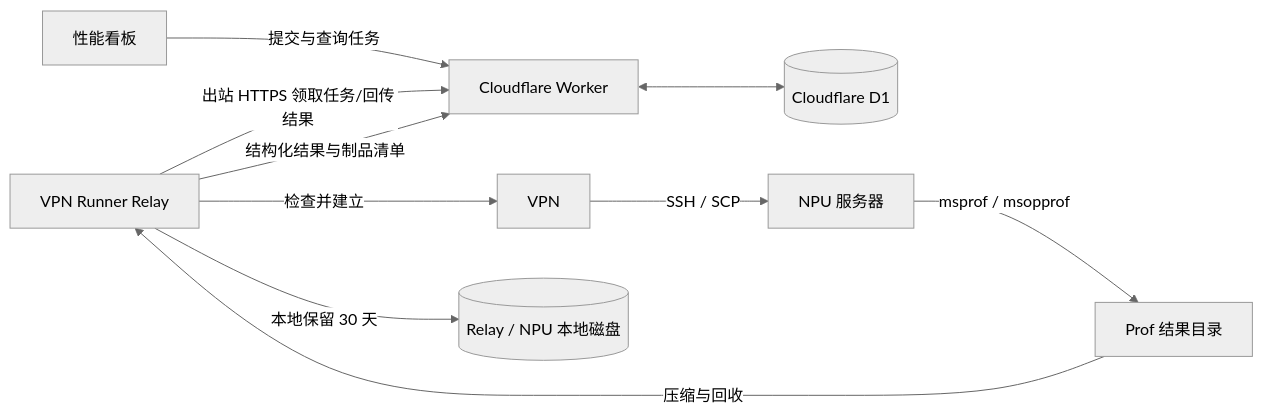
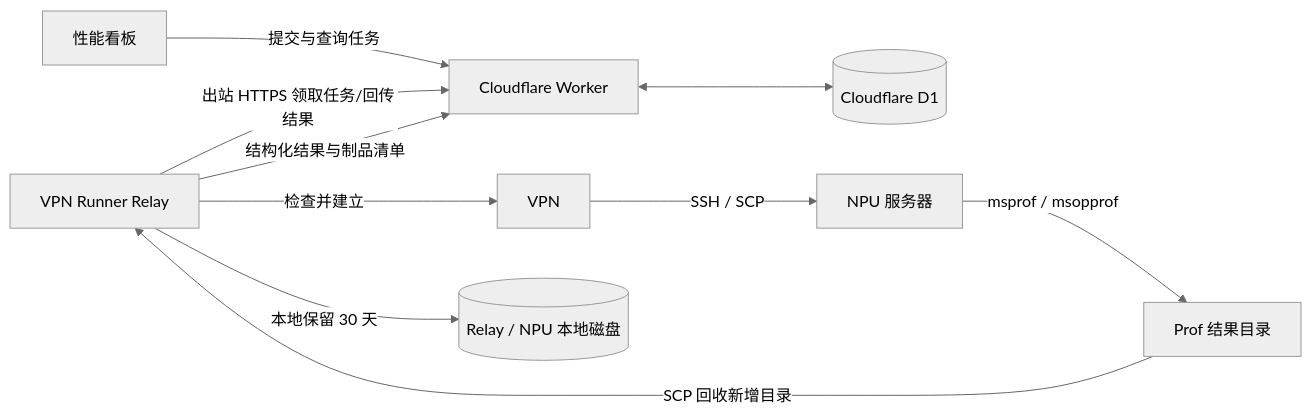
The first of 3 diagrams in docs/npu-vpn-runner-design.md (fazhenyao/flash-linear-attention-npu-io), drawn with Mermaid (neutral theme) before and after one commit. The commit also changed other lines of this file, not shown here.

````diff
--- a/docs/npu-vpn-runner-design.md
+++ b/docs/npu-vpn-runner-design.md
@@ -51,12 +56,12 @@
 ```mermaid
 flowchart LR
     U[性能看板] -->|提交与查询任务| W[Cloudflare Worker]
     W <--> D[(Cloudflare D1)]
     R[VPN Runner Relay] -->|出站 HTTPS 领取任务/回传结果| W
     R -->|检查并建立| V[VPN]
     V -->|SSH / SCP| N[NPU 服务器]
     N -->|msprof / msopprof| P[Prof 结果目录]
-    P -->|压缩与回收| R
+    P -->|SCP 回收新增目录| R
     R -->|结构化结果与制品清单| W
     R -->|本地保留 30 天| L[(Relay / NPU 本地磁盘)]
 ```
````
